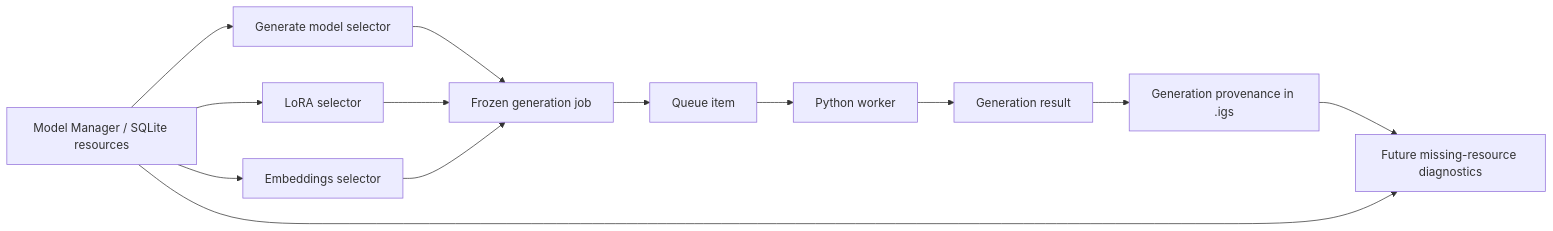
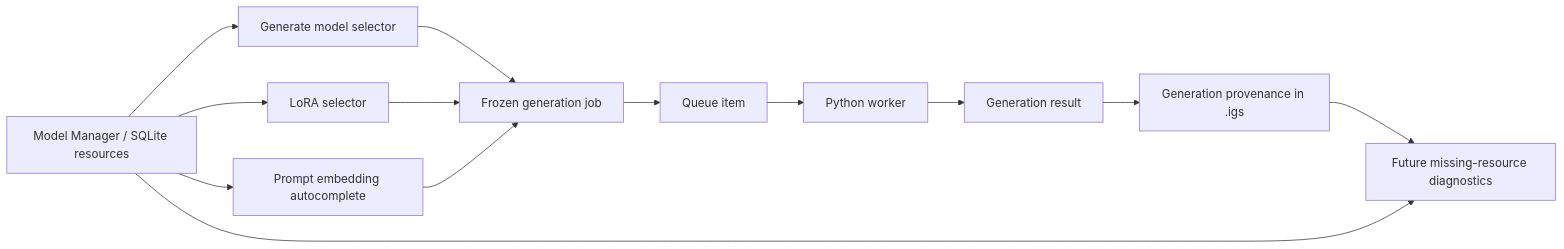
One commit to BMFreed/imagegen-studio changed the seventh of 7 diagrams in docs/features/model-manager.md. Above: the diagram before and after it, drawn with Mermaid. The commit also changed other lines of this file and 36 other files, not shown here.

````diff
--- a/docs/features/model-manager.md
+++ b/docs/features/model-manager.md
@@ -618,15 +618,15 @@
 ```mermaid
 flowchart LR
   MM["Model Manager / SQLite resources"] --> MS["Generate model selector"]
   MM --> LS["LoRA selector"]
-  MM --> ES["Embeddings selector"]
+  MM --> ES["Prompt embedding autocomplete"]
   MS --> GJ["Frozen generation job"]
   LS --> GJ
   ES --> GJ
   GJ --> QS["Queue item"]
   QS --> W["Python worker"]
   W --> R["Generation result"]
   R --> GS["Generation provenance in .igs"]
   GS --> MR["Future missing-resource diagnostics"]
   MM --> MR
 ```
````
